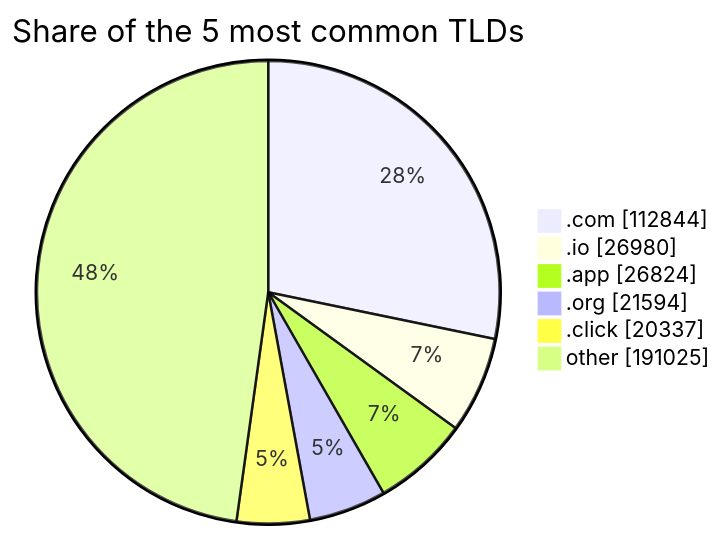
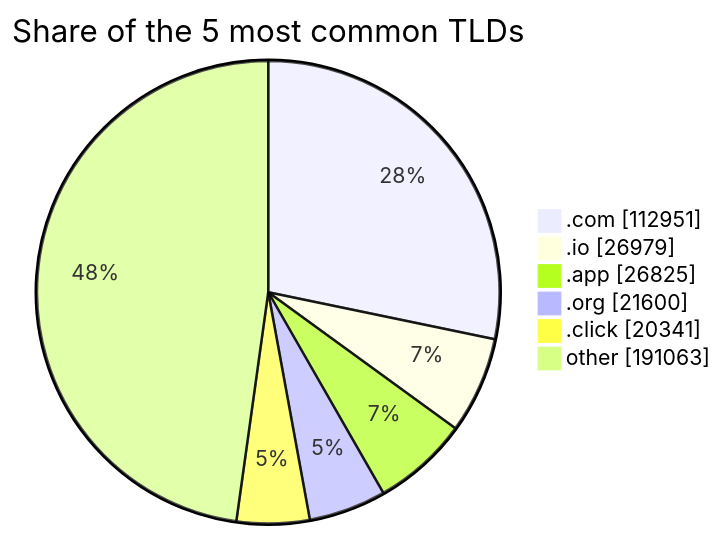
Before and after one commit to DNSBunker/CTI: the third of 3 diagrams in README.md, drawn with Mermaid. The commit also changed other lines of this file and 3 other files, not shown here.

````diff
--- a/README.md
+++ b/README.md
@@ -81,9 +81,9 @@
 ```mermaid
 pie showData title Share of the 5 most common TLDs
-    ".com" : 112844
-    ".io" : 26980
-    ".app" : 26824
-    ".org" : 21594
-    ".click" : 20337
-    "other" : 191025
+    ".com" : 112951
+    ".io" : 26979
+    ".app" : 26825
+    ".org" : 21600
+    ".click" : 20341
+    "other" : 191063
 ```
````
